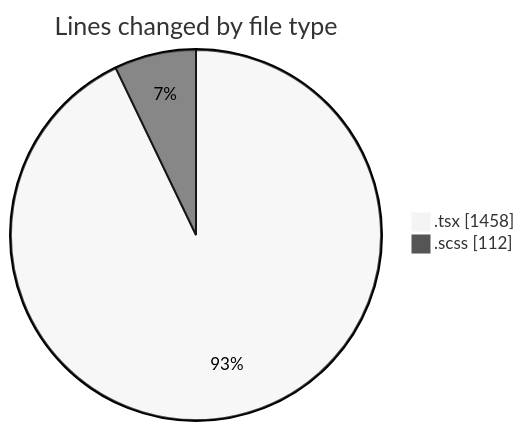
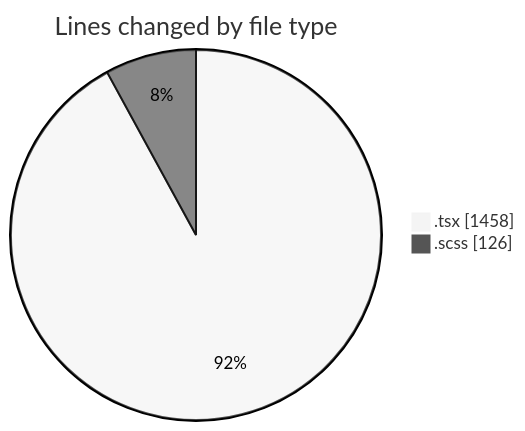
One commit to momahboobian/code-tracking changed the first of 2 diagrams in 2025-04-07/cda/README.md. Above: the diagram before and after it, drawn with Mermaid (neutral theme). The commit also changed other lines of this file and 1 other file, not shown here.

````diff
--- a/2025-04-07/cda/README.md
+++ b/2025-04-07/cda/README.md
@@ -24,6 +24,6 @@
 ```mermaid
 pie showData
 title Lines changed by file type
 ".tsx" : 1458
-".scss" : 112
+".scss" : 126
 ```
````
